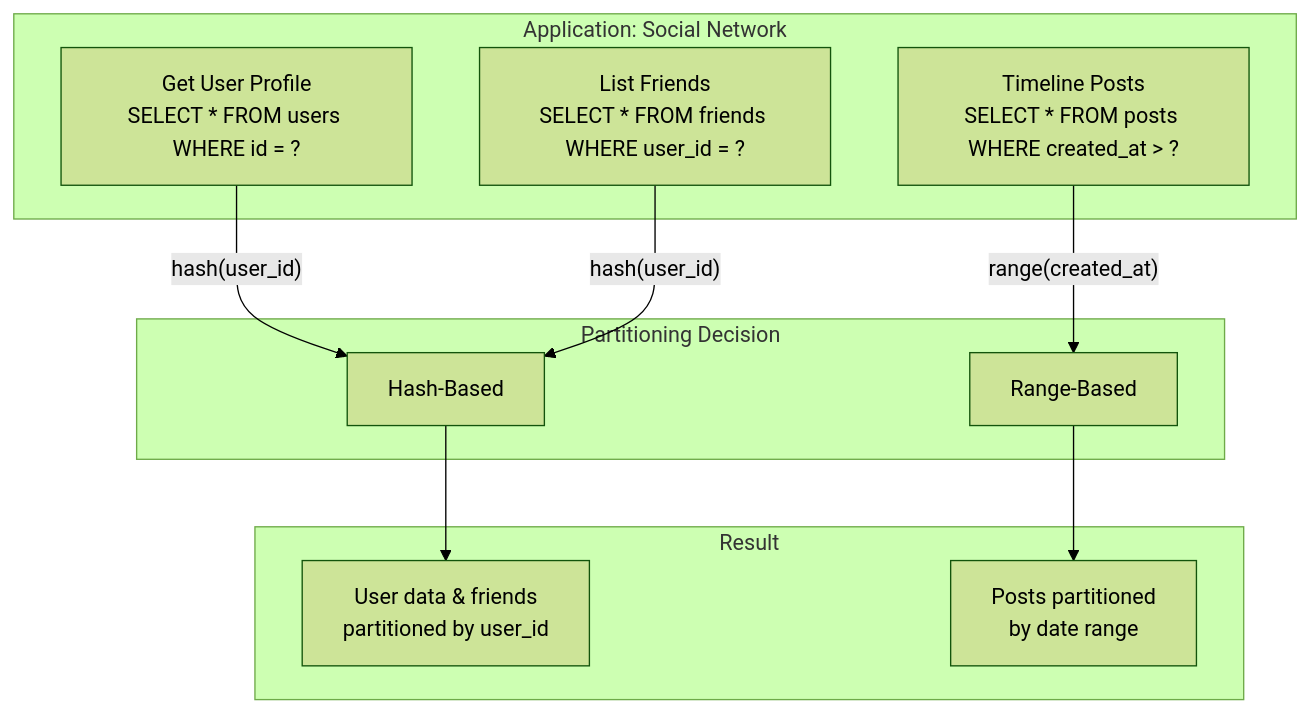
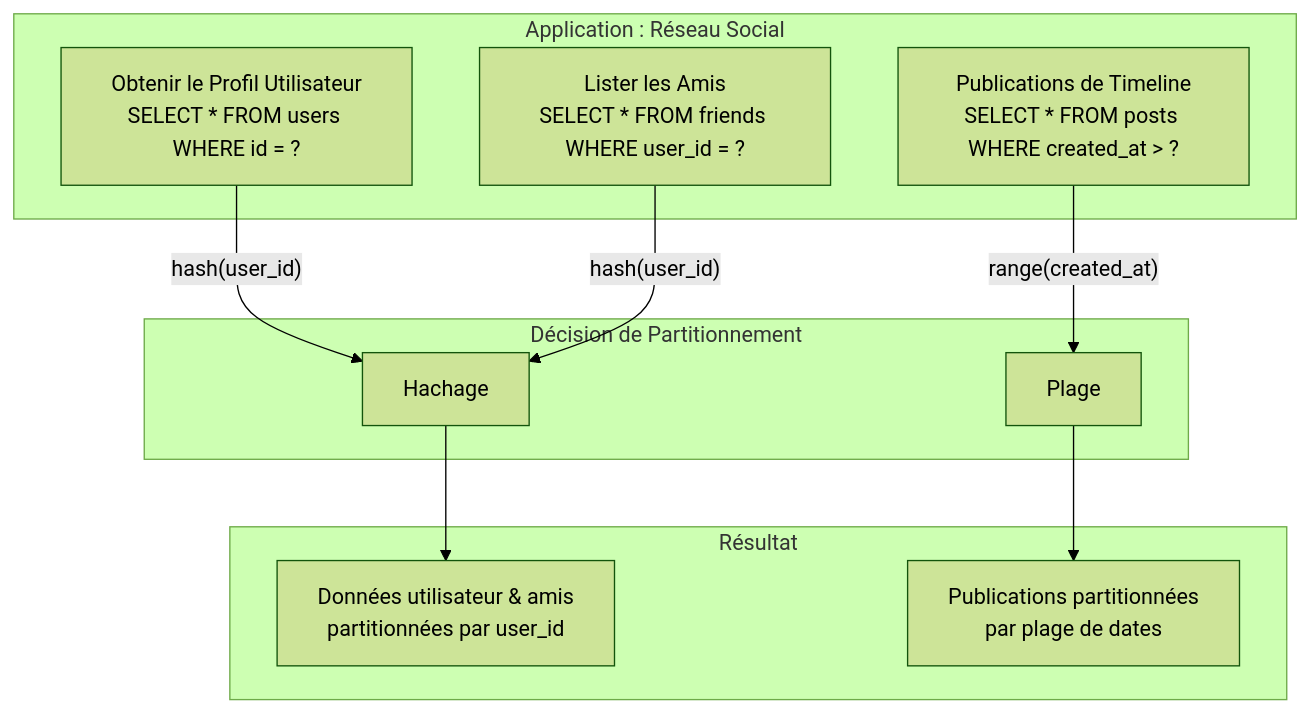
The seventh of 7 diagrams in src/data-store/01-partitioning.md (dardourimohamed/distributed-systems-course), drawn with Mermaid (forest theme) before and after one commit. The commit also changed other lines of this file and 38 other files, not shown here.

````diff
--- a/src/data-store/01-partitioning.md
+++ b/src/data-store/01-partitioning.md
@@ -288,19 +288,19 @@
 ```mermaid
 graph TB
-    subgraph "Application: Social Network"
-        Query1["Get User Profile<br/>SELECT * FROM users WHERE id = ?"]
-        Query2["List Friends<br/>SELECT * FROM friends WHERE user_id = ?"]
-        Query3["Timeline Posts<br/>SELECT * FROM posts WHERE created_at > ?"]
+    subgraph "Application : Réseau Social"
+        Query1["Obtenir le Profil Utilisateur<br/>SELECT * FROM users WHERE id = ?"]
+        Query2["Lister les Amis<br/>SELECT * FROM friends WHERE user_id = ?"]
+        Query3["Publications de Timeline<br/>SELECT * FROM posts WHERE created_at > ?"]
     end
 
-    subgraph "Partitioning Decision"
-        Query1 -->|"hash(user_id)"| Hash[Hash-Based]
+    subgraph "Décision de Partitionnement"
+        Query1 -->|"hash(user_id)"| Hash[Hachage]
         Query2 -->|"hash(user_id)"| Hash
-        Query3 -->|"range(created_at)"| Range[Range-Based]
+        Query3 -->|"range(created_at)"| Range[Plage]
     end
 
-    subgraph "Result"
-        Hash --> H["User data & friends<br/>partitioned by user_id"]
-        Range --> R["Posts partitioned<br/>by date range"]
+    subgraph "Résultat"
+        Hash --> H["Données utilisateur & amis<br/>partitionnées par user_id"]
+        Range --> R["Publications partitionnées<br/>par plage de dates"]
     end
 ```
````
